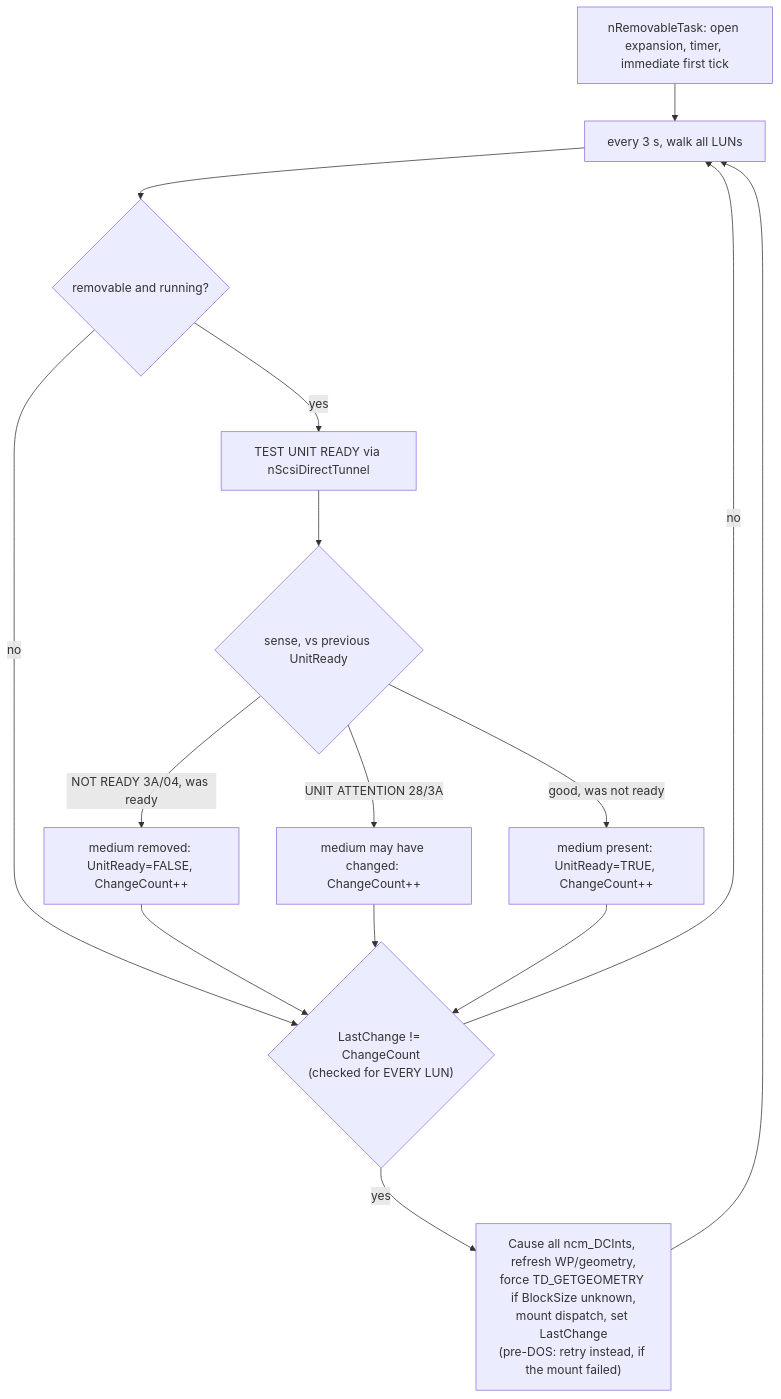
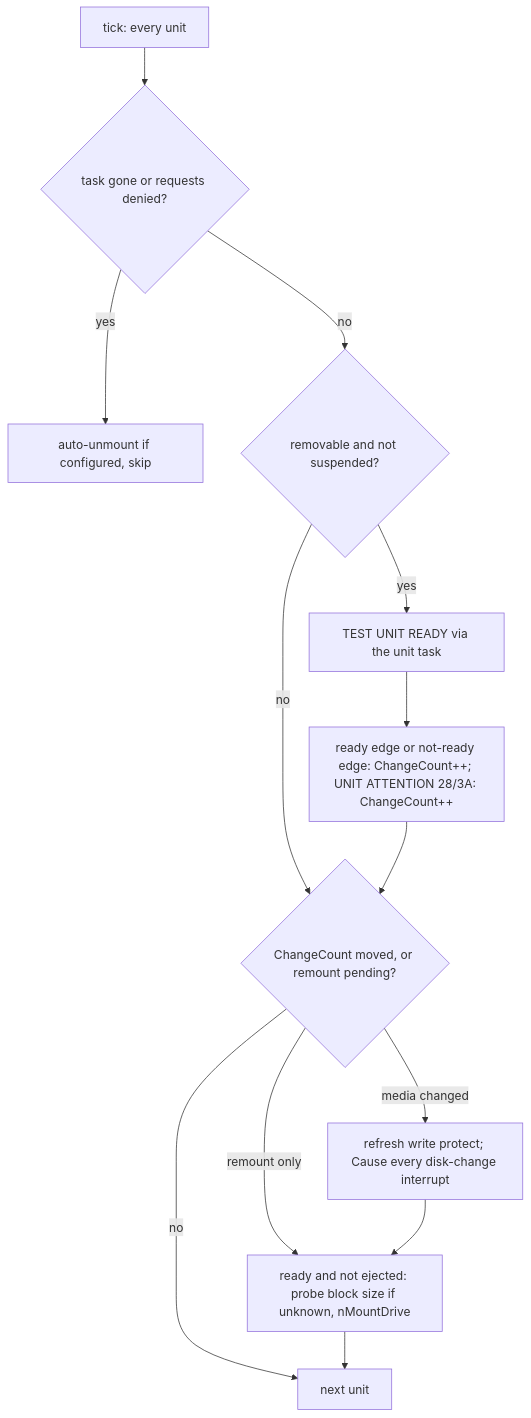
The sixth of 6 diagrams in docs/massstorage.class-architecture.md (pcotter72/neptune-usb-stack), drawn with Mermaid before and after one commit. The commit also changed other lines of this file and 18 other files, not shown here.

````diff
--- a/docs/massstorage.class-architecture.md
+++ b/docs/massstorage.class-architecture.md
@@ -596,17 +361,15 @@
 ```mermaid
 flowchart TD
-    START["nRemovableTask: open expansion, timer, immediate first tick"] --> LOOP["every 3 s, walk all LUNs"]
-    LOOP --> REM{"removable and running?"}
-    REM -->|yes| TUR["TEST UNIT READY via nScsiDirectTunnel"]
-    TUR --> SENSE{sense, vs previous UnitReady}
-    SENSE -->|"NOT READY 3A/04, was ready"| GONE["medium removed: UnitReady=FALSE, ChangeCount++"]
-    SENSE -->|"good, was not ready"| HERE["medium present: UnitReady=TRUE, ChangeCount++"]
-    SENSE -->|"UNIT ATTENTION 28/3A"| CHG["medium may have changed: ChangeCount++"]
-    REM -->|no| EDGE
-    GONE --> EDGE
-    CHG --> EDGE
-    HERE --> EDGE{"LastChange != ChangeCount<br/>(checked for EVERY LUN)"}
-    EDGE -->|yes| ACT["Cause all ncm_DCInts, refresh WP/geometry,<br/>force TD_GETGEOMETRY if BlockSize unknown,<br/>mount dispatch, set LastChange<br/>(pre-DOS: retry instead, if the mount failed)"]
-    EDGE -->|no| LOOP
-    ACT --> LOOP
+    TICK["tick: every unit"] --> GONE{"task gone or requests denied?"}
+    GONE -->|"yes"| UM["auto-unmount if configured, skip"]
+    GONE -->|"no"| REM{"removable and not suspended?"}
+    REM -->|"yes"| TUR["TEST UNIT READY via the unit task"]
+    TUR --> EDGE["ready edge or not-ready edge: ChangeCount++; UNIT ATTENTION 28/3A: ChangeCount++"]
+    REM -->|"no"| PASS
+    EDGE --> PASS{"ChangeCount moved, or remount pending?"}
+    PASS -->|"no"| NEXT["next unit"]
+    PASS -->|"media changed"| ANN["refresh write protect; Cause every disk-change interrupt"]
+    PASS -->|"remount only"| MOUNT
+    ANN --> MOUNT["ready and not ejected: probe block size if unknown, nMountDrive"]
+    MOUNT --> NEXT
 ```
````
